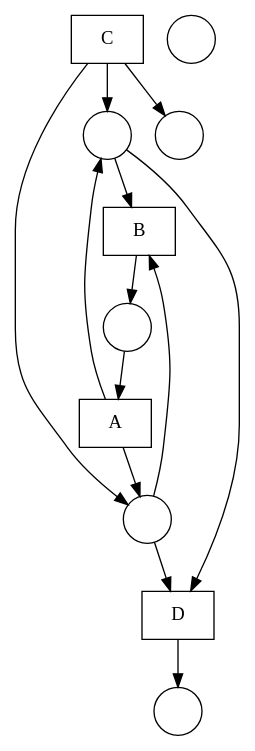
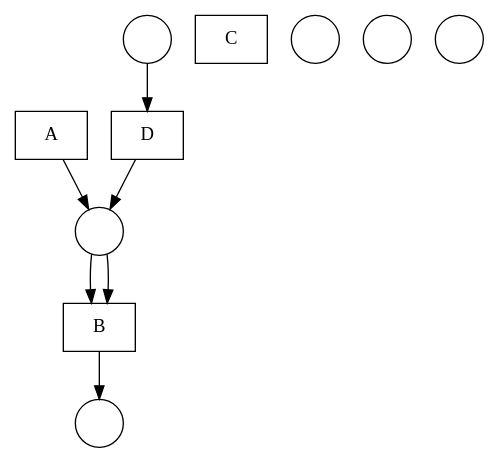
The diagram in nets/Fittest net.gv (DWitek97/GeneticMiner), drawn with Graphviz before and after one commit. The commit also changed 4 other files, not shown here.

```diff
--- a/nets/Fittest net.gv
+++ b/nets/Fittest net.gv
@@ -1,26 +1,20 @@
 digraph "Fittest net" {
 	node [shape=box]
+	A [label=A]
 	D [label=D]
 	B [label=B]
 	C [label=C]
-	A [label=A]
 	node [shape=circle]
 	1 [label=" "]
 	2 [label=" "]
 	3 [label=" "]
 	4 [label=" "]
 	5 [label=" "]
 	6 [label=" "]
-	3 -> D
-	4 -> D
-	D -> 2
+	A -> 4
+	1 -> D
+	D -> 4
 	4 -> B
-	3 -> B
-	B -> 1
-	C -> 3
-	C -> 5
-	C -> 4
-	1 -> A
-	A -> 4
-	A -> 3
+	4 -> B
+	B -> 5
 }
```
